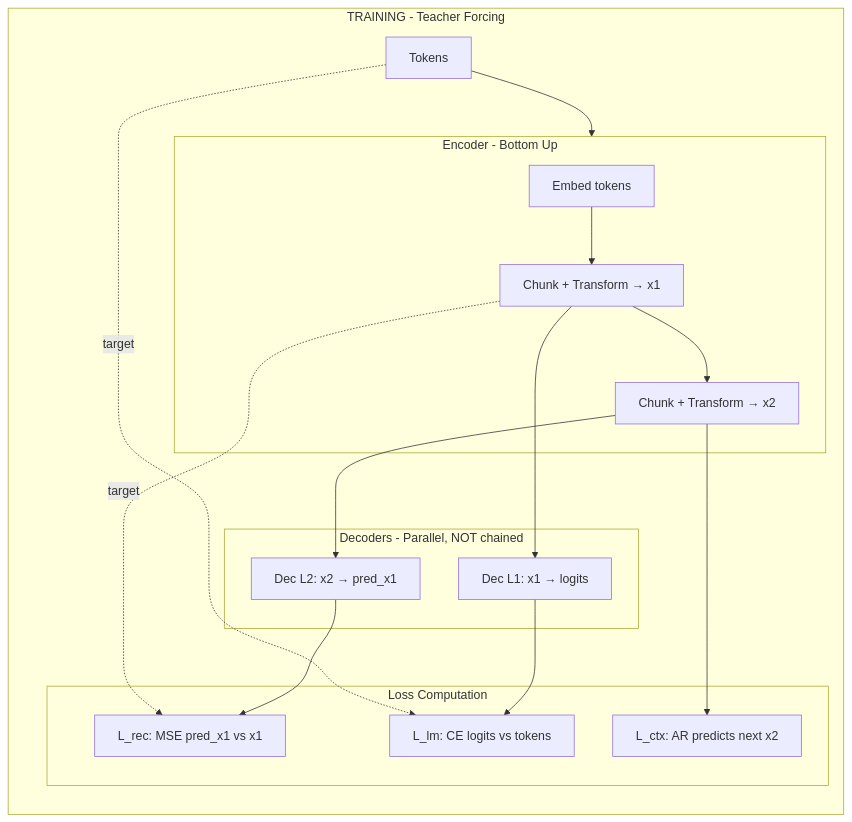
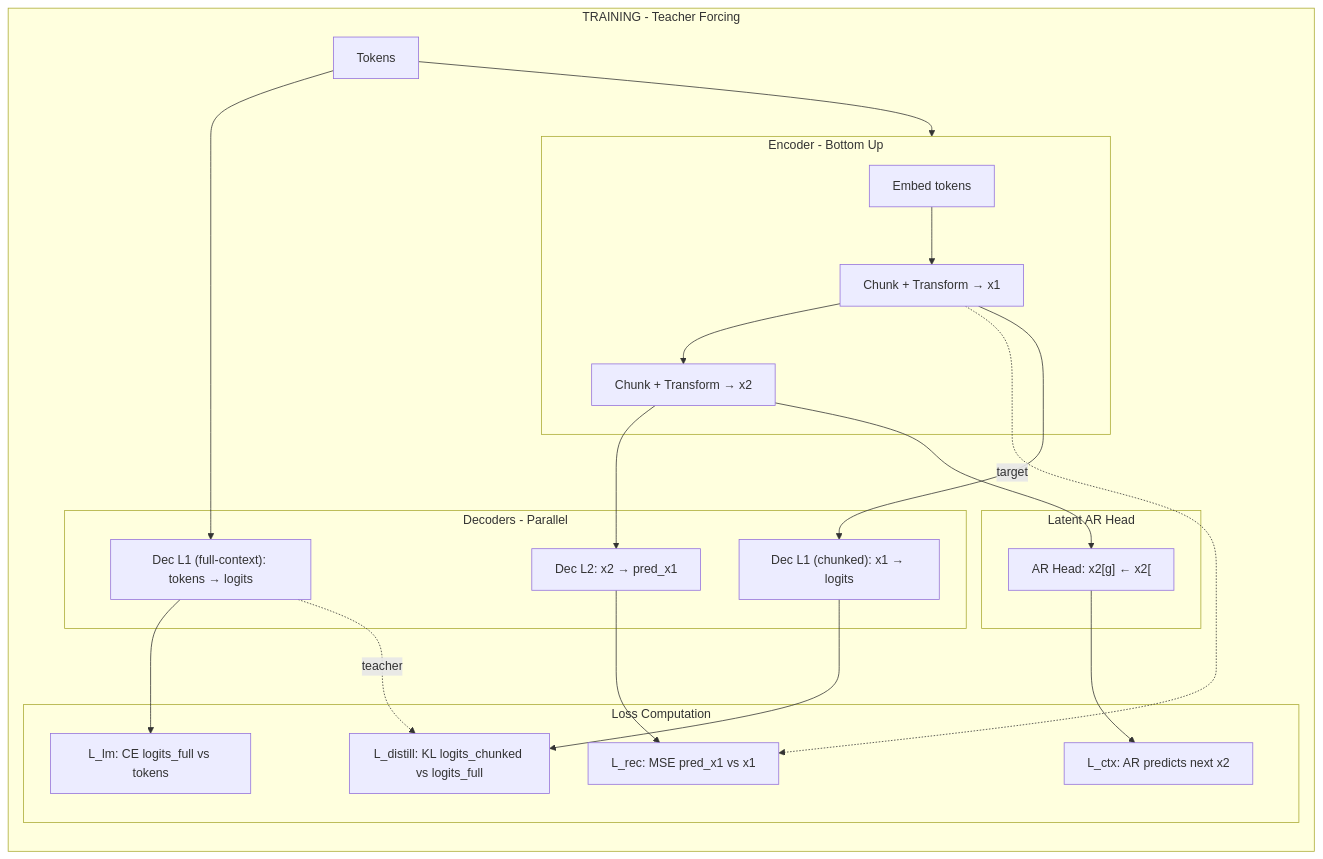
The first of 2 diagrams in Readme.md (gvessere/Photon), drawn with Mermaid before and after one commit. The commit also changed other lines of this file and 3 other files, not shown here.

First line of the commit message:
Enhance training configuration and model architecture for improved performance

````diff
--- a/Readme.md
+++ b/Readme.md
@@ -17,33 +17,40 @@
 ```mermaid
 flowchart TB
     subgraph Training["TRAINING - Teacher Forcing"]
         direction TB
-        
+
         tokens["Tokens"]
-        
+
         subgraph Encoder["Encoder - Bottom Up"]
             enc_emb["Embed tokens"]
             enc_l1["Chunk + Transform → x1"]
             enc_l2["Chunk + Transform → x2"]
             enc_emb --> enc_l1 --> enc_l2
         end
-        
-        subgraph Decoders["Decoders - Parallel, NOT chained"]
+
+        subgraph Decoders["Decoders - Parallel"]
             dec_l2["Dec L2: x2 → pred_x1"]
-            dec_l1["Dec L1: x1 → logits"]
+            dec_l1["Dec L1 (chunked): x1 → logits"]
+            dec_full["Dec L1 (full-context): tokens → logits"]
         end
-        
+
         subgraph Losses["Loss Computation"]
             loss_rec["L_rec: MSE pred_x1 vs x1"]
             loss_ctx["L_ctx: AR predicts next x2"]
-            loss_lm["L_lm: CE logits vs tokens"]
+            loss_lm["L_lm: CE logits_full vs tokens"]
+            loss_distill["L_distill: KL logits_chunked vs logits_full"]
         end
-        
+
+        subgraph LatentAR["Latent AR Head"]
+            ar_head["AR Head: x2[g] ← x2[<g]"]
+        end
+
         tokens --> Encoder
+        tokens --> dec_full --> loss_lm
         enc_l2 --> dec_l2 --> loss_rec
         enc_l1 -.->|"target"| loss_rec
-        enc_l1 --> dec_l1 --> loss_lm
-        tokens -.->|"target"| loss_lm
-        enc_l2 --> loss_ctx
+        enc_l1 --> dec_l1 --> loss_distill
+        dec_full -.->|"teacher"| loss_distill
+        enc_l2 --> ar_head --> loss_ctx
     end
 ```
````
